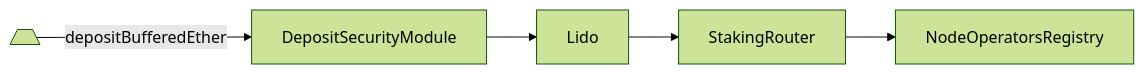
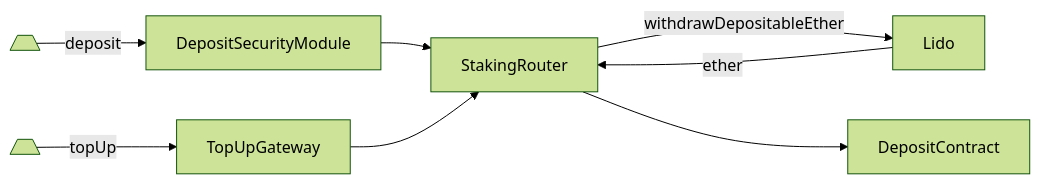
One commit to lidofinance/docs changed the first of 2 diagrams in docs/contracts/lido.md. Above: the diagram before and after it, drawn with Mermaid (forest theme). The commit also changed other lines of this file, not shown here.

Commit message:
update lido description

````diff
--- a/docs/contracts/lido.md
+++ b/docs/contracts/lido.md
@@ -75,4 +80,7 @@
 ```mermaid
 graph LR;
-  A[/  \]--depositBufferedEther-->DepositSecurityModule-->Lido-->StakingRouter-->NodeOperatorsRegistry;
+  A[/  \]--deposit-->DSM[DepositSecurityModule]-->SR[StakingRouter];
+  B[/  \]--topUp-->TUG[TopUpGateway]-->SR;
+  SR--withdrawDepositableEther-->Lido--ether-->SR;
+  SR-->DC[DepositContract];
 ```
````
